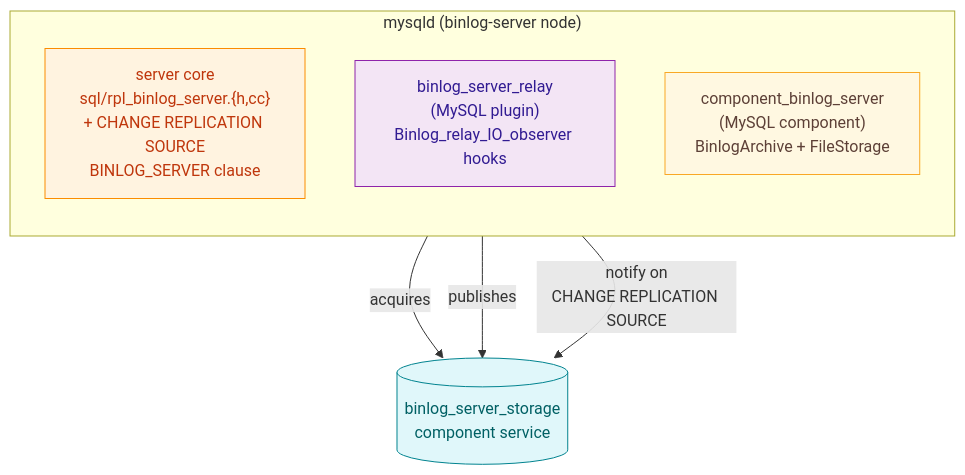
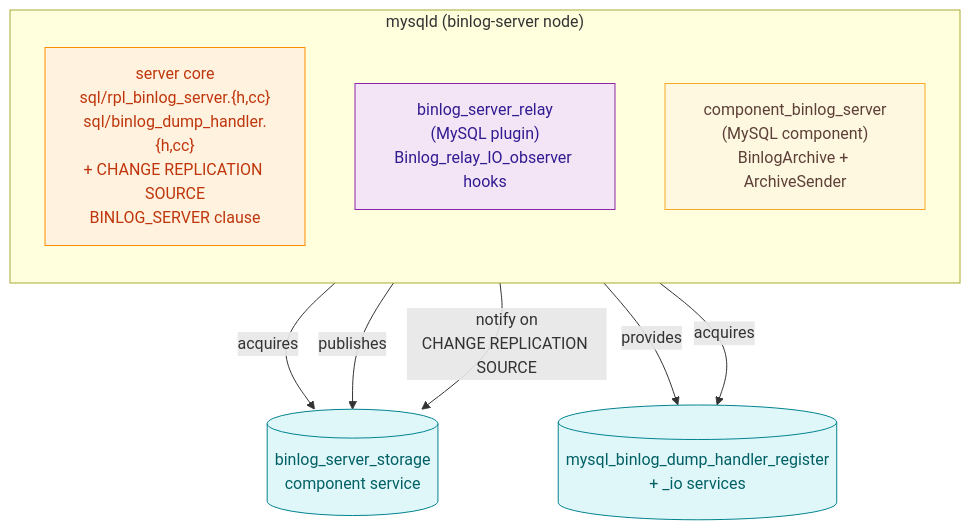
The second of 2 diagrams in components/binlog_server/doc/md/overview.md (kamil-holubicki/percona-server), drawn with Mermaid before and after one commit. The commit also changed other lines of this file and 38 other files, not shown here.

````diff
--- a/components/binlog_server/doc/md/overview.md
+++ b/components/binlog_server/doc/md/overview.md
@@ -92,20 +102,23 @@
 ```mermaid
 flowchart TB
     classDef srv fill:#fff3e0,stroke:#fb8c00,color:#bf360c
     classDef plg fill:#f3e5f5,stroke:#8e24aa,color:#311b92
     classDef cmp fill:#fff8e1,stroke:#f9a825,color:#5d4037
     classDef ext fill:#e0f7fa,stroke:#00838f,color:#006064
 
     subgraph BIN["mysqld (binlog-server node)"]
         direction TB
-        SRV["server core<br/>sql/rpl_binlog_server.{h,cc}<br/>+ CHANGE REPLICATION SOURCE<br/>BINLOG_SERVER clause"]:::srv
+        SRV["server core<br/>sql/rpl_binlog_server.{h,cc}<br/>sql/binlog_dump_handler.{h,cc}<br/>+ CHANGE REPLICATION SOURCE<br/>BINLOG_SERVER clause"]:::srv
         PLG["binlog_server_relay<br/>(MySQL plugin)<br/>Binlog_relay_IO_observer hooks"]:::plg
-        CMP["component_binlog_server<br/>(MySQL component)<br/>BinlogArchive + FileStorage"]:::cmp
+        CMP["component_binlog_server<br/>(MySQL component)<br/>BinlogArchive + ArchiveSender"]:::cmp
     end
 
     SVC1[("binlog_server_storage<br/>component service")]:::ext
+    SVC2[("mysql_binlog_dump_handler_register<br/>+ _io services")]:::ext
 
     PLG -- "acquires" --> SVC1
     CMP -- "publishes" --> SVC1
     SRV -- "notify on<br/>CHANGE REPLICATION SOURCE" --> SVC1
+    SRV -- "provides" --> SVC2
+    CMP -- "acquires" --> SVC2
 ```
````
